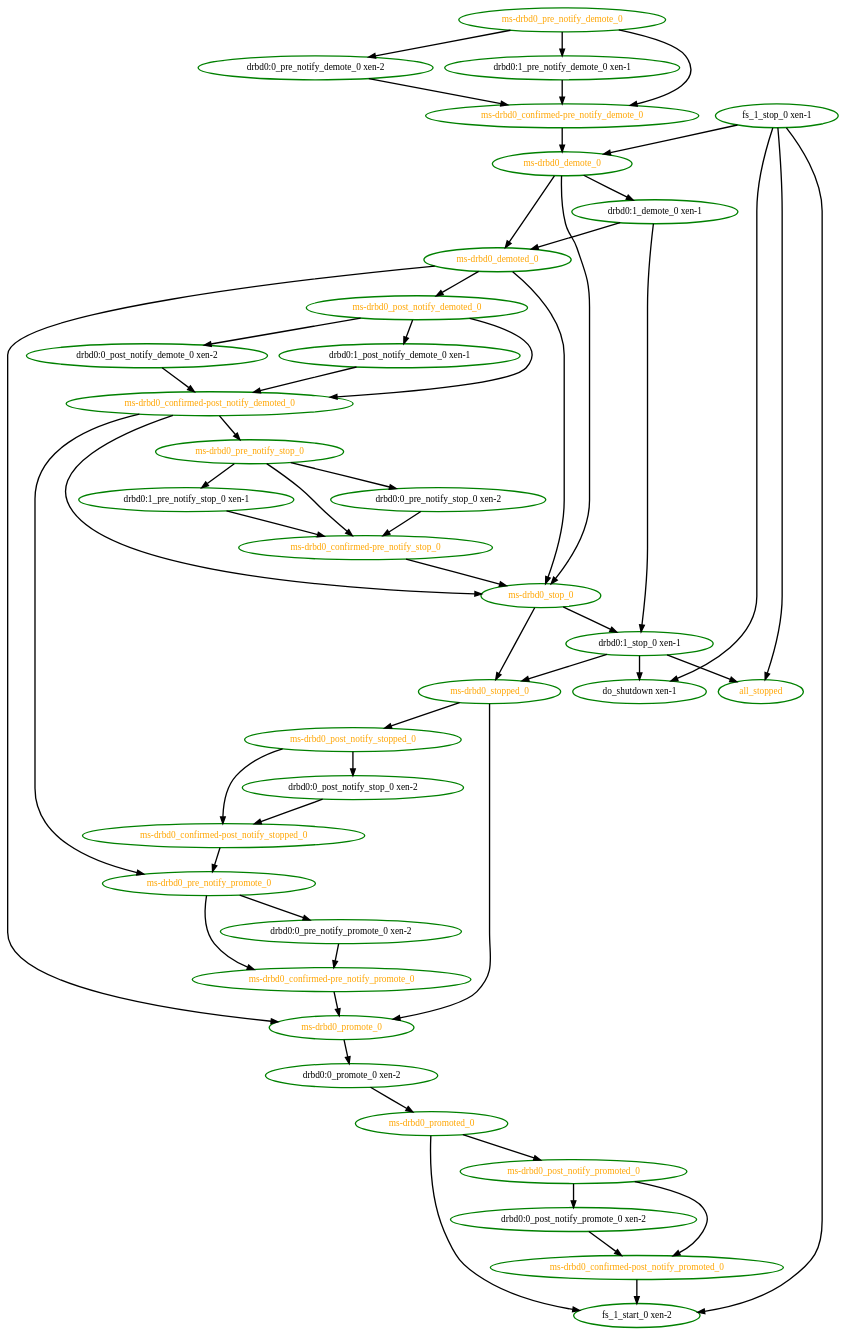
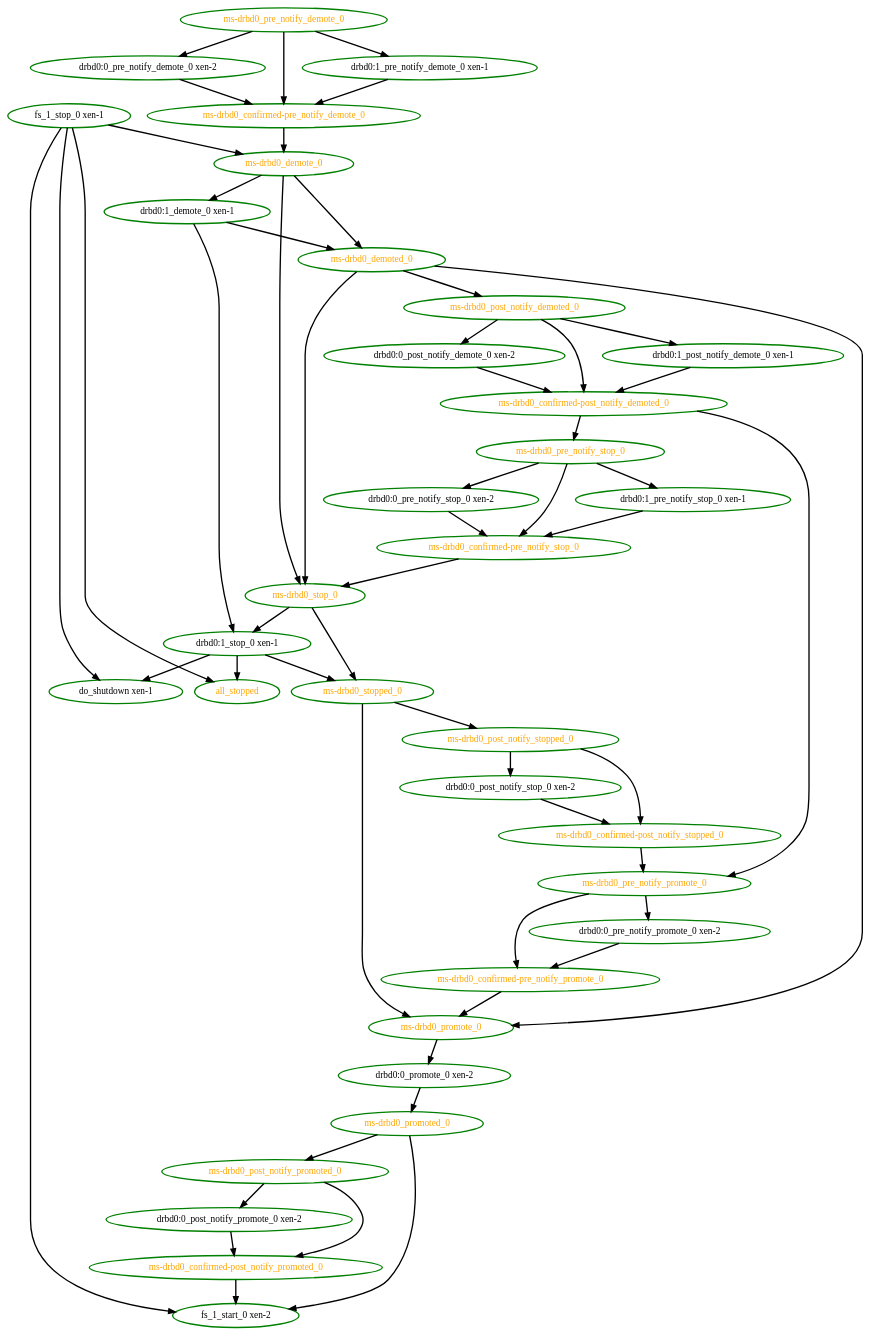
The diagram in pengine/test10/novell-239082.dot (linux-ha-japan/pm_diskd), drawn with Graphviz before and after one commit. The commit also changed 18 other files, not shown here.

```diff
--- a/pengine/test10/novell-239082.dot
+++ b/pengine/test10/novell-239082.dot
@@ -1,91 +1,90 @@
  digraph "g" {
 "all_stopped" [ style=bold color="green" fontcolor="orange"  ]
 "do_shutdown xen-1" [ style=bold color="green" fontcolor="black"  ]
 "drbd0:0_post_notify_demote_0 xen-2" -> "ms-drbd0_confirmed-post_notify_demoted_0" [ style = bold]
 "drbd0:0_post_notify_demote_0 xen-2" [ style=bold color="green" fontcolor="black"  ]
 "drbd0:0_post_notify_promote_0 xen-2" -> "ms-drbd0_confirmed-post_notify_promoted_0" [ style = bold]
 "drbd0:0_post_notify_promote_0 xen-2" [ style=bold color="green" fontcolor="black"  ]
 "drbd0:0_post_notify_stop_0 xen-2" -> "ms-drbd0_confirmed-post_notify_stopped_0" [ style = bold]
 "drbd0:0_post_notify_stop_0 xen-2" [ style=bold color="green" fontcolor="black"  ]
 "drbd0:0_pre_notify_demote_0 xen-2" -> "ms-drbd0_confirmed-pre_notify_demote_0" [ style = bold]
 "drbd0:0_pre_notify_demote_0 xen-2" [ style=bold color="green" fontcolor="black"  ]
 "drbd0:0_pre_notify_promote_0 xen-2" -> "ms-drbd0_confirmed-pre_notify_promote_0" [ style = bold]
 "drbd0:0_pre_notify_promote_0 xen-2" [ style=bold color="green" fontcolor="black"  ]
 "drbd0:0_pre_notify_stop_0 xen-2" -> "ms-drbd0_confirmed-pre_notify_stop_0" [ style = bold]
 "drbd0:0_pre_notify_stop_0 xen-2" [ style=bold color="green" fontcolor="black"  ]
 "drbd0:0_promote_0 xen-2" -> "ms-drbd0_promoted_0" [ style = bold]
 "drbd0:0_promote_0 xen-2" [ style=bold color="green" fontcolor="black"  ]
 "drbd0:1_demote_0 xen-1" -> "drbd0:1_stop_0 xen-1" [ style = bold]
 "drbd0:1_demote_0 xen-1" -> "ms-drbd0_demoted_0" [ style = bold]
 "drbd0:1_demote_0 xen-1" [ style=bold color="green" fontcolor="black"  ]
 "drbd0:1_post_notify_demote_0 xen-1" -> "ms-drbd0_confirmed-post_notify_demoted_0" [ style = bold]
 "drbd0:1_post_notify_demote_0 xen-1" [ style=bold color="green" fontcolor="black"  ]
 "drbd0:1_pre_notify_demote_0 xen-1" -> "ms-drbd0_confirmed-pre_notify_demote_0" [ style = bold]
 "drbd0:1_pre_notify_demote_0 xen-1" [ style=bold color="green" fontcolor="black"  ]
 "drbd0:1_pre_notify_stop_0 xen-1" -> "ms-drbd0_confirmed-pre_notify_stop_0" [ style = bold]
 "drbd0:1_pre_notify_stop_0 xen-1" [ style=bold color="green" fontcolor="black"  ]
 "drbd0:1_stop_0 xen-1" -> "all_stopped" [ style = bold]
 "drbd0:1_stop_0 xen-1" -> "do_shutdown xen-1" [ style = bold]
 "drbd0:1_stop_0 xen-1" -> "ms-drbd0_stopped_0" [ style = bold]
 "drbd0:1_stop_0 xen-1" [ style=bold color="green" fontcolor="black"  ]
 "fs_1_start_0 xen-2" [ style=bold color="green" fontcolor="black"  ]
 "fs_1_stop_0 xen-1" -> "all_stopped" [ style = bold]
 "fs_1_stop_0 xen-1" -> "do_shutdown xen-1" [ style = bold]
 "fs_1_stop_0 xen-1" -> "fs_1_start_0 xen-2" [ style = bold]
 "fs_1_stop_0 xen-1" -> "ms-drbd0_demote_0" [ style = bold]
 "fs_1_stop_0 xen-1" [ style=bold color="green" fontcolor="black"  ]
 "ms-drbd0_confirmed-post_notify_demoted_0" -> "ms-drbd0_pre_notify_promote_0" [ style = bold]
 "ms-drbd0_confirmed-post_notify_demoted_0" -> "ms-drbd0_pre_notify_stop_0" [ style = bold]
-"ms-drbd0_confirmed-post_notify_demoted_0" -> "ms-drbd0_stop_0" [ style = bold]
 "ms-drbd0_confirmed-post_notify_demoted_0" [ style=bold color="green" fontcolor="orange"  ]
 "ms-drbd0_confirmed-post_notify_promoted_0" -> "fs_1_start_0 xen-2" [ style = bold]
 "ms-drbd0_confirmed-post_notify_promoted_0" [ style=bold color="green" fontcolor="orange"  ]
 "ms-drbd0_confirmed-post_notify_stopped_0" -> "ms-drbd0_pre_notify_promote_0" [ style = bold]
 "ms-drbd0_confirmed-post_notify_stopped_0" [ style=bold color="green" fontcolor="orange"  ]
 "ms-drbd0_confirmed-pre_notify_demote_0" -> "ms-drbd0_demote_0" [ style = bold]
 "ms-drbd0_confirmed-pre_notify_demote_0" [ style=bold color="green" fontcolor="orange"  ]
 "ms-drbd0_confirmed-pre_notify_promote_0" -> "ms-drbd0_promote_0" [ style = bold]
 "ms-drbd0_confirmed-pre_notify_promote_0" [ style=bold color="green" fontcolor="orange"  ]
 "ms-drbd0_confirmed-pre_notify_stop_0" -> "ms-drbd0_stop_0" [ style = bold]
 "ms-drbd0_confirmed-pre_notify_stop_0" [ style=bold color="green" fontcolor="orange"  ]
 "ms-drbd0_demote_0" -> "drbd0:1_demote_0 xen-1" [ style = bold]
 "ms-drbd0_demote_0" -> "ms-drbd0_demoted_0" [ style = bold]
 "ms-drbd0_demote_0" -> "ms-drbd0_stop_0" [ style = bold]
 "ms-drbd0_demote_0" [ style=bold color="green" fontcolor="orange"  ]
 "ms-drbd0_demoted_0" -> "ms-drbd0_post_notify_demoted_0" [ style = bold]
 "ms-drbd0_demoted_0" -> "ms-drbd0_promote_0" [ style = bold]
 "ms-drbd0_demoted_0" -> "ms-drbd0_stop_0" [ style = bold]
 "ms-drbd0_demoted_0" [ style=bold color="green" fontcolor="orange"  ]
 "ms-drbd0_post_notify_demoted_0" -> "drbd0:0_post_notify_demote_0 xen-2" [ style = bold]
 "ms-drbd0_post_notify_demoted_0" -> "drbd0:1_post_notify_demote_0 xen-1" [ style = bold]
 "ms-drbd0_post_notify_demoted_0" -> "ms-drbd0_confirmed-post_notify_demoted_0" [ style = bold]
 "ms-drbd0_post_notify_demoted_0" [ style=bold color="green" fontcolor="orange"  ]
 "ms-drbd0_post_notify_promoted_0" -> "drbd0:0_post_notify_promote_0 xen-2" [ style = bold]
 "ms-drbd0_post_notify_promoted_0" -> "ms-drbd0_confirmed-post_notify_promoted_0" [ style = bold]
 "ms-drbd0_post_notify_promoted_0" [ style=bold color="green" fontcolor="orange"  ]
 "ms-drbd0_post_notify_stopped_0" -> "drbd0:0_post_notify_stop_0 xen-2" [ style = bold]
 "ms-drbd0_post_notify_stopped_0" -> "ms-drbd0_confirmed-post_notify_stopped_0" [ style = bold]
 "ms-drbd0_post_notify_stopped_0" [ style=bold color="green" fontcolor="orange"  ]
 "ms-drbd0_pre_notify_demote_0" -> "drbd0:0_pre_notify_demote_0 xen-2" [ style = bold]
 "ms-drbd0_pre_notify_demote_0" -> "drbd0:1_pre_notify_demote_0 xen-1" [ style = bold]
 "ms-drbd0_pre_notify_demote_0" -> "ms-drbd0_confirmed-pre_notify_demote_0" [ style = bold]
 "ms-drbd0_pre_notify_demote_0" [ style=bold color="green" fontcolor="orange"  ]
 "ms-drbd0_pre_notify_promote_0" -> "drbd0:0_pre_notify_promote_0 xen-2" [ style = bold]
 "ms-drbd0_pre_notify_promote_0" -> "ms-drbd0_confirmed-pre_notify_promote_0" [ style = bold]
 "ms-drbd0_pre_notify_promote_0" [ style=bold color="green" fontcolor="orange"  ]
 "ms-drbd0_pre_notify_stop_0" -> "drbd0:0_pre_notify_stop_0 xen-2" [ style = bold]
 "ms-drbd0_pre_notify_stop_0" -> "drbd0:1_pre_notify_stop_0 xen-1" [ style = bold]
 "ms-drbd0_pre_notify_stop_0" -> "ms-drbd0_confirmed-pre_notify_stop_0" [ style = bold]
 "ms-drbd0_pre_notify_stop_0" [ style=bold color="green" fontcolor="orange"  ]
 "ms-drbd0_promote_0" -> "drbd0:0_promote_0 xen-2" [ style = bold]
 "ms-drbd0_promote_0" [ style=bold color="green" fontcolor="orange"  ]
 "ms-drbd0_promoted_0" -> "fs_1_start_0 xen-2" [ style = bold]
 "ms-drbd0_promoted_0" -> "ms-drbd0_post_notify_promoted_0" [ style = bold]
 "ms-drbd0_promoted_0" [ style=bold color="green" fontcolor="orange"  ]
 "ms-drbd0_stop_0" -> "drbd0:1_stop_0 xen-1" [ style = bold]
 "ms-drbd0_stop_0" -> "ms-drbd0_stopped_0" [ style = bold]
 "ms-drbd0_stop_0" [ style=bold color="green" fontcolor="orange"  ]
 "ms-drbd0_stopped_0" -> "ms-drbd0_post_notify_stopped_0" [ style = bold]
 "ms-drbd0_stopped_0" -> "ms-drbd0_promote_0" [ style = bold]
 "ms-drbd0_stopped_0" [ style=bold color="green" fontcolor="orange"  ]
 }
```
